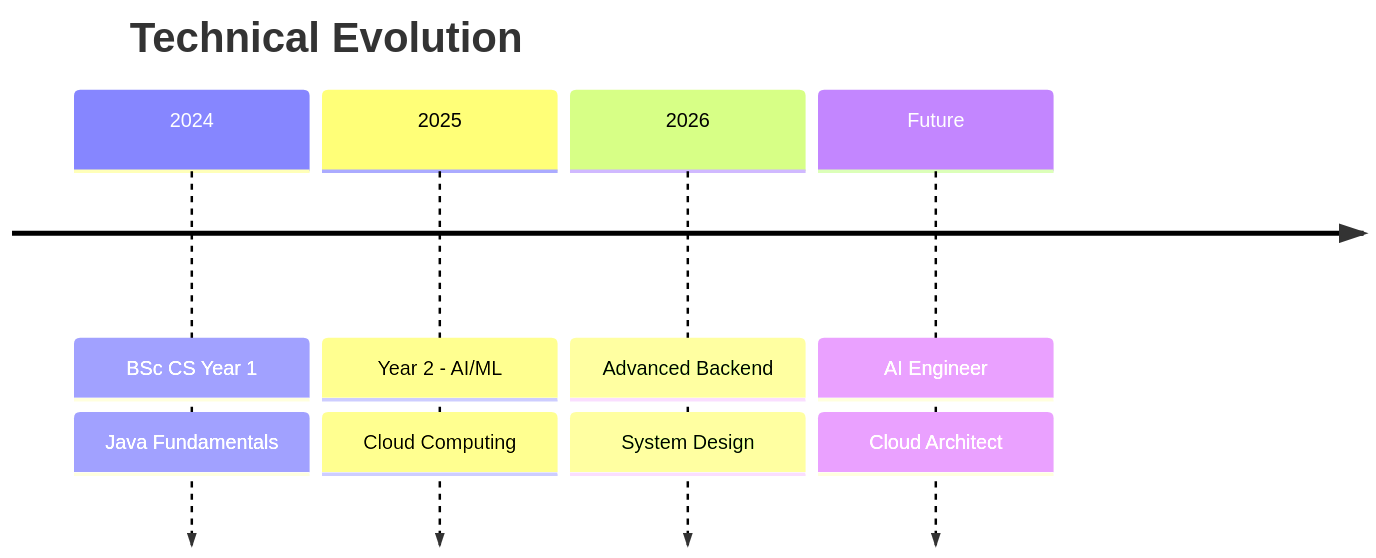
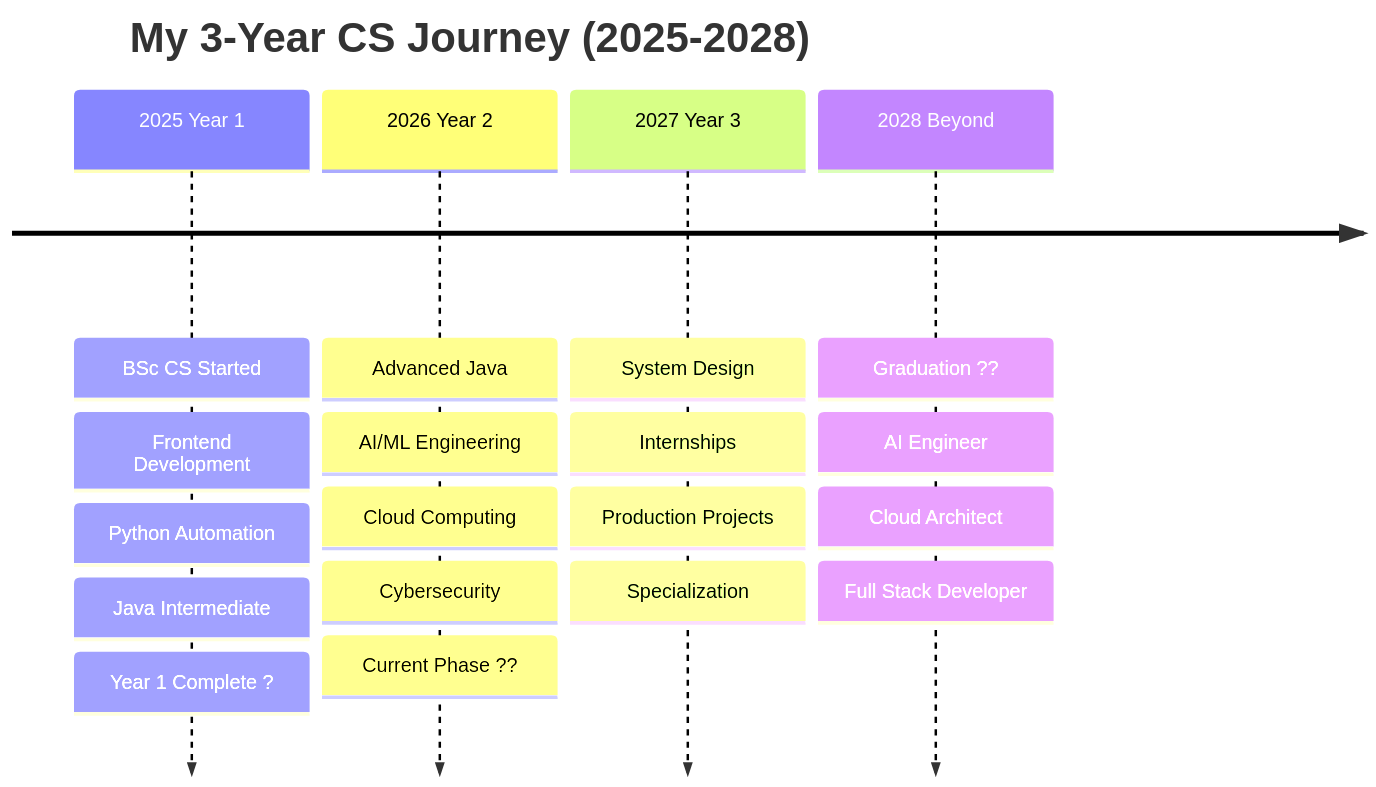
One commit to santoshmandal2908-wq/santoshmandal2908-wq changed the diagram in README.md. Above: the diagram before and after it, drawn with Mermaid. The commit also changed other lines of this file, not shown here.

First line of the commit message:
✨ Professional developer profile - Java, AI, Cloud, Security

````diff
--- a/README.md
+++ b/README.md
@@ -188,12 +146,26 @@
 ```mermaid
 timeline
-    title Technical Evolution
-    2024 : BSc CS Year 1
-         : Java Fundamentals
-    2025 : Year 2 - AI/ML
-         : Cloud Computing
-    2026 : Advanced Backend
-         : System Design
-    Future : AI Engineer
-           : Cloud Architect
+    title My 3-Year CS Journey (2025-2028)
+    
+    2025 Year 1 : BSc CS Started
+                : Frontend Development
+                : Python Automation  
+                : Java Intermediate
+                : Year 1 Complete ?
+    
+    2026 Year 2 : Advanced Java
+                : AI/ML Engineering
+                : Cloud Computing
+                : Cybersecurity
+                : Current Phase ??
+    
+    2027 Year 3 : System Design
+                : Internships
+                : Production Projects
+                : Specialization
+    
+    2028 Beyond : Graduation ??
+                : AI Engineer
+                : Cloud Architect
+                : Full Stack Developer
 ```
````
